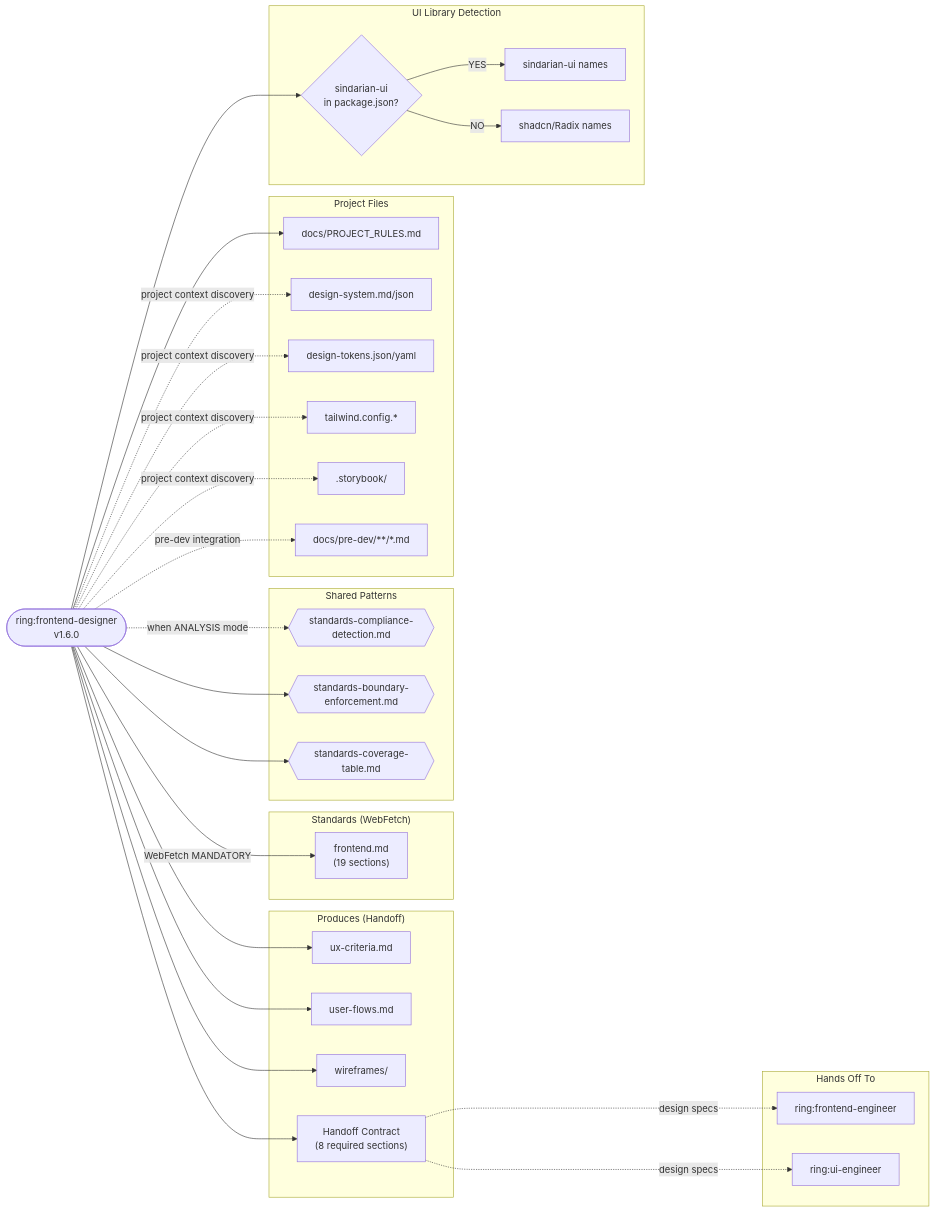
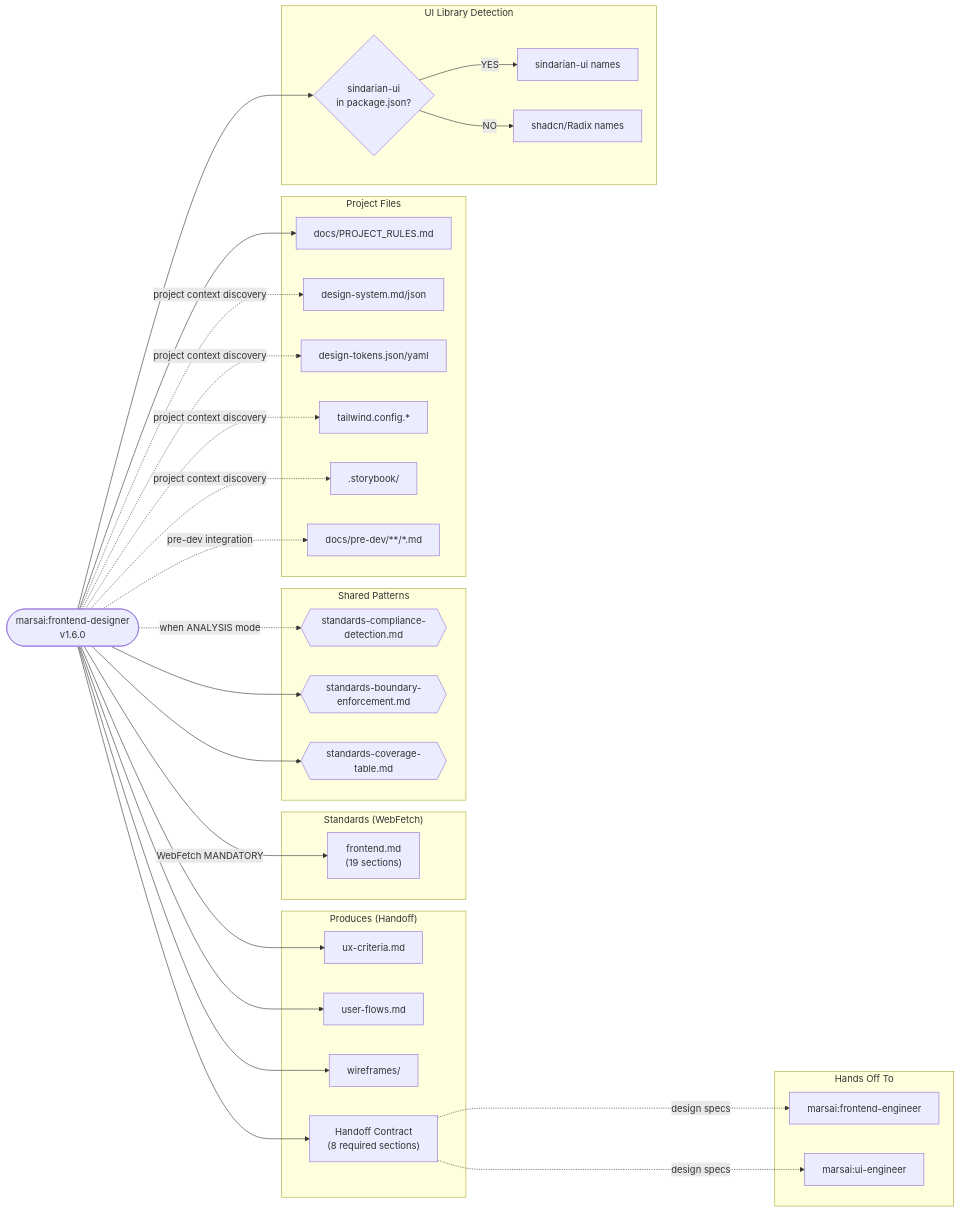
One commit to rodrigodh/ring changed the sixth of 21 diagrams in dev-team/docs/dependency-diagrams.md. Above: the diagram before and after it, drawn with Mermaid. The commit also changed other lines of this file and 203 other files, not shown here.

````diff
--- a/dev-team/docs/dependency-diagrams.md
+++ b/dev-team/docs/dependency-diagrams.md
@@ -297,55 +297,55 @@
 ```mermaid
 flowchart LR
-    agent(["ring:frontend-designer<br/>v1.6.0"])
+    agent(["marsai:frontend-designer<br/>v1.6.0"])
 
     subgraph Standards["Standards (WebFetch)"]
         fe["frontend.md<br/>(19 sections)"]
     end
 
     subgraph SharedPatterns["Shared Patterns"]
         scd{{"standards-compliance-detection.md"}}
         sbe{{"standards-boundary-enforcement.md"}}
         sct{{"standards-coverage-table.md"}}
     end
 
     subgraph Produces["Produces (Handoff)"]
         ux["ux-criteria.md"]
         flows["user-flows.md"]
         wire["wireframes/"]
         handoff["Handoff Contract<br/>(8 required sections)"]
     end
 
     subgraph HandoffTo["Hands Off To"]
-        feEng["ring:frontend-engineer"]
-        uiEng["ring:ui-engineer"]
+        feEng["marsai:frontend-engineer"]
+        uiEng["marsai:ui-engineer"]
     end
 
     subgraph ProjectFiles["Project Files"]
         pr["docs/PROJECT_RULES.md"]
         ds["design-system.md/json"]
         dt["design-tokens.json/yaml"]
         tw["tailwind.config.*"]
         sb[".storybook/"]
         predev["docs/pre-dev/**/*.md"]
     end
 
     subgraph ModeDetection["UI Library Detection"]
         mode{"sindarian-ui<br/>in package.json?"}
         sindarian["sindarian-ui names"]
         shadcn["shadcn/Radix names"]
     end
 
     agent -->|"WebFetch MANDATORY"| fe
     agent --> sct
     agent -.->|"when ANALYSIS mode"| scd
     agent --> sbe
     agent --> pr
     agent -.->|"project context discovery"| ds & dt & tw & sb
     agent -.->|"pre-dev integration"| predev
     agent --> ux & flows & wire & handoff
     handoff ...->|"design specs"| feEng
     handoff ...->|"design specs"| uiEng
     agent --> mode
     mode -->|"YES"| sindarian
     mode -->|"NO"| shadcn
 ```
````
